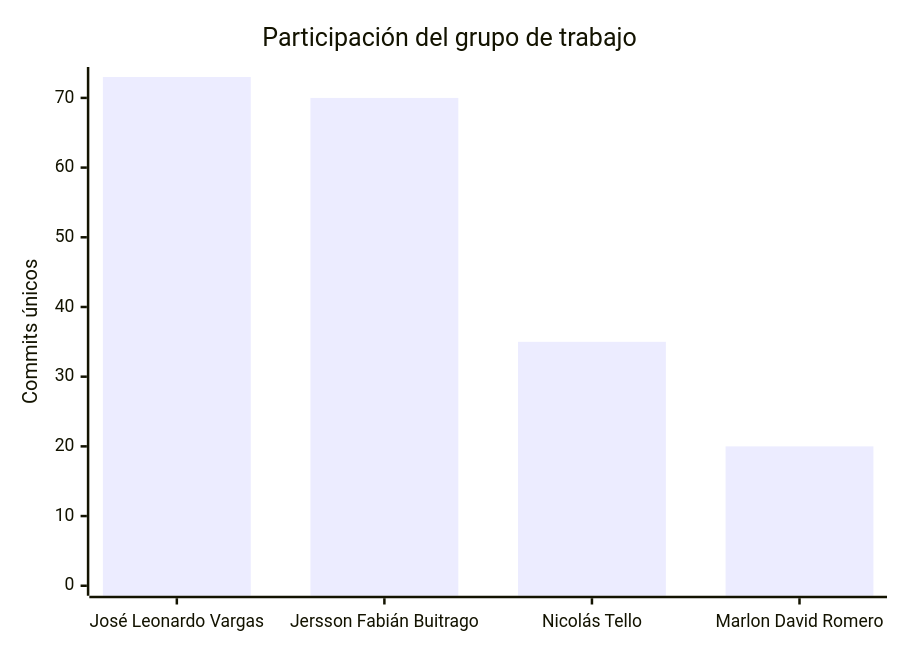
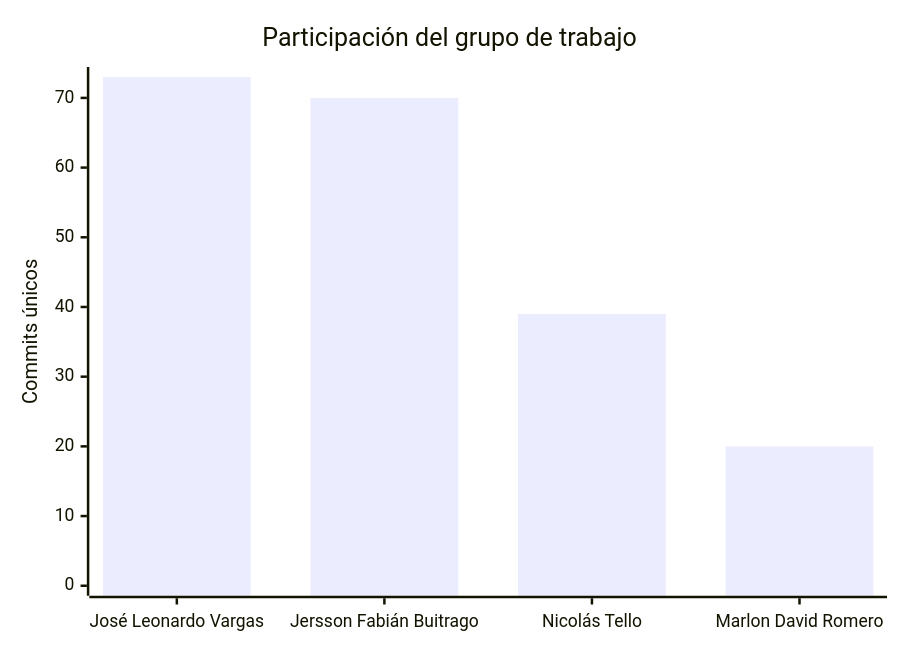
Before and after one commit to FarmaExpres/FarmaExpres: the second of 2 diagrams in README.md, drawn with Mermaid. The commit also changed other lines of this file and 1 other file, not shown here.

````diff
--- a/README.md
+++ b/README.md
@@ -326,7 +326,7 @@
 ```mermaid
 xychart-beta
     title "Participación del grupo de trabajo"
     x-axis ["José Leonardo Vargas", "Jersson Fabián Buitrago", "Nicolás Tello", "Marlon David Romero"]
     y-axis "Commits únicos" 0 --> 73
-    bar [73, 70, 35, 20]
+    bar [73, 70, 39, 20]
 ```
````
